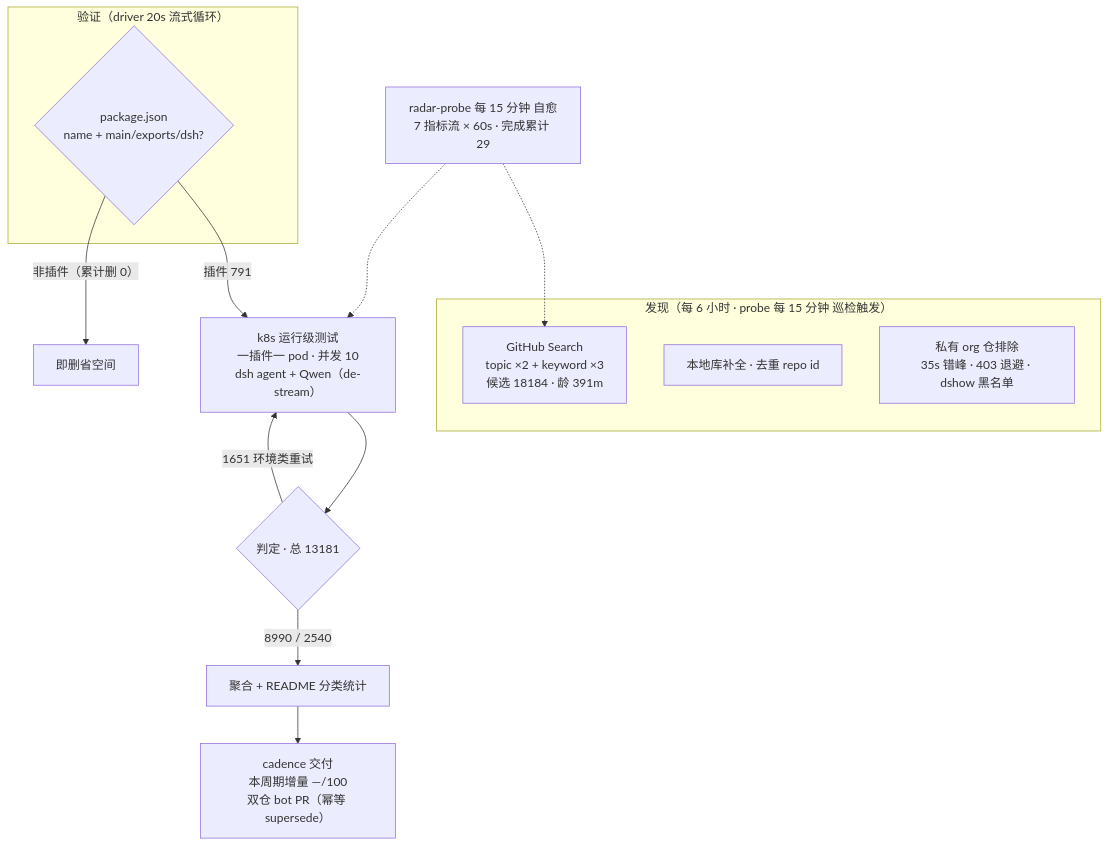
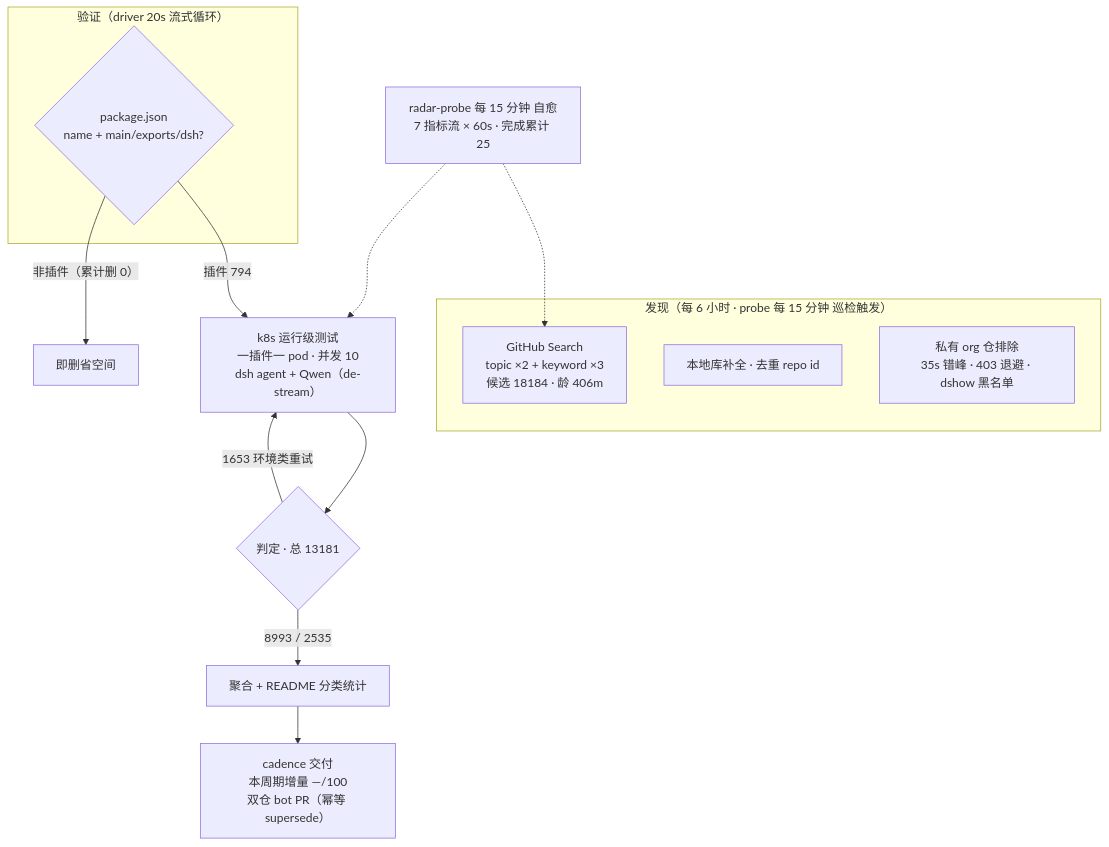
Before and after one commit to AdamPlatin123/awesome-dsh-plugins: the diagram in README.md, drawn with Mermaid. The commit also changed other lines of this file and 5 other files, not shown here.

````diff
--- a/README.md
+++ b/README.md
@@ -52,20 +52,20 @@
 ```mermaid
 flowchart TB
     subgraph Discovery["发现（每 6 小时 · probe 每 15 分钟 巡检触发）"]
-        A1["GitHub Search<br/>topic ×2 + keyword ×3<br/>候选 18184 · 龄 391m"]
+        A1["GitHub Search<br/>topic ×2 + keyword ×3<br/>候选 18184 · 龄 406m"]
         A2["本地库补全 · 去重 repo id"]
         A3["私有 org 仓排除<br/>35s 错峰 · 403 退避 · dshow 黑名单"]
     end
     subgraph Validation["验证（driver 20s 流式循环）"]
         B1{"package.json<br/>name + main/exports/dsh?"}
     end
-    B1 -->|"插件 791"| C1["k8s 运行级测试<br/>一插件一 pod · 并发 10<br/>dsh agent + Qwen（de-stream）"]
+    B1 -->|"插件 794"| C1["k8s 运行级测试<br/>一插件一 pod · 并发 10<br/>dsh agent + Qwen（de-stream）"]
     B1 -->|"非插件（累计删 0）"| B3["即删省空间"]
     C1 --> D1{"判定 · 总 13181"}
-    D1 -->|"8990 / 2540"| E1["聚合 + README 分类统计"]
-    D1 -->|"1651 环境类重试"| C1
+    D1 -->|"8993 / 2535"| E1["聚合 + README 分类统计"]
+    D1 -->|"1653 环境类重试"| C1
     E1 --> E2["cadence 交付<br/>本周期增量 —/100<br/>双仓 bot PR（幂等 supersede）"]
-    M["radar-probe 每 15 分钟 自愈<br/>7 指标流 × 60s · 完成累计 29"]
+    M["radar-probe 每 15 分钟 自愈<br/>7 指标流 × 60s · 完成累计 25"]
     M -.-> A1
     M -.-> C1
 ```
````
